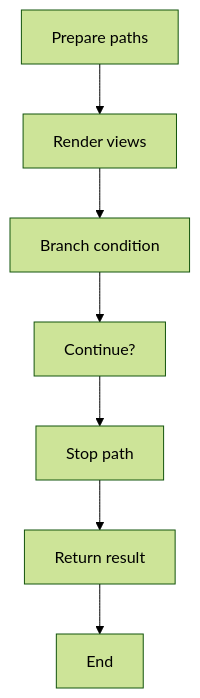
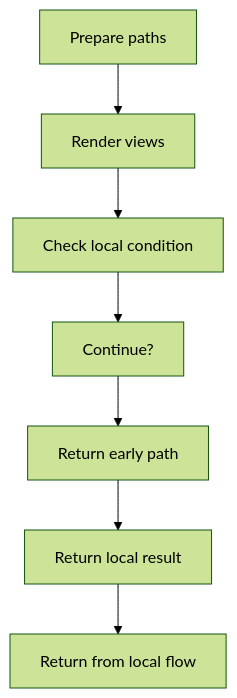
The fourth of 10 diagrams in docs/Codebase/Microservice/Modules/Source/OutputGeneration/Render/codebase_output_writer.cpp.md (JohnAndrewBalbarosa/NeoTerritory), drawn with Mermaid (forest theme) before and after one commit. The commit also changed other lines of this file and 915 other files, not shown here.

````diff
--- a/docs/Codebase/Microservice/Modules/Source/OutputGeneration/Render/codebase_output_writer.cpp.md
+++ b/docs/Codebase/Microservice/Modules/Source/OutputGeneration/Render/codebase_output_writer.cpp.md
@@ -108,16 +107,16 @@
 ```mermaid
 flowchart TD
     N0["Prepare paths"]
     N1["Render views"]
-    N2["Branch condition"]
+    N2["Check local condition"]
     N3["Continue?"]
-    N4["Stop path"]
-    N5["Return result"]
-    N6["End"]
+    N4["Return early path"]
+    N5["Return local result"]
+    N6["Return from local flow"]
     N0 --> N1
     N1 --> N2
     N2 --> N3
     N3 --> N4
     N4 --> N5
     N5 --> N6
 ```
````
